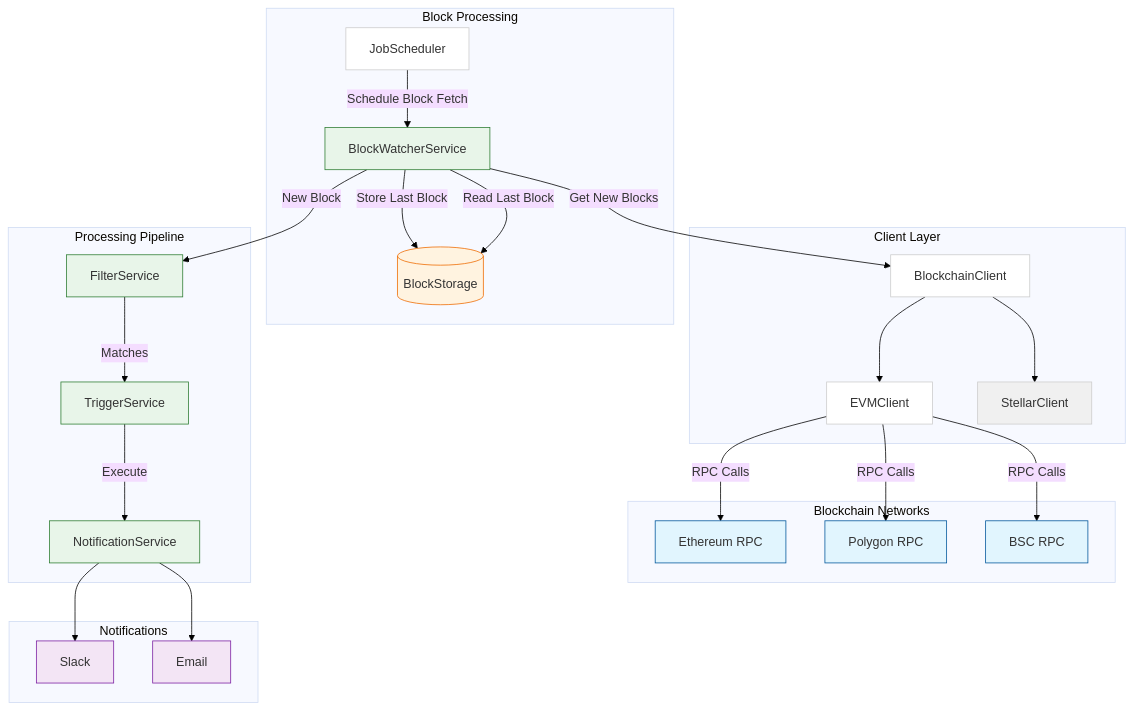
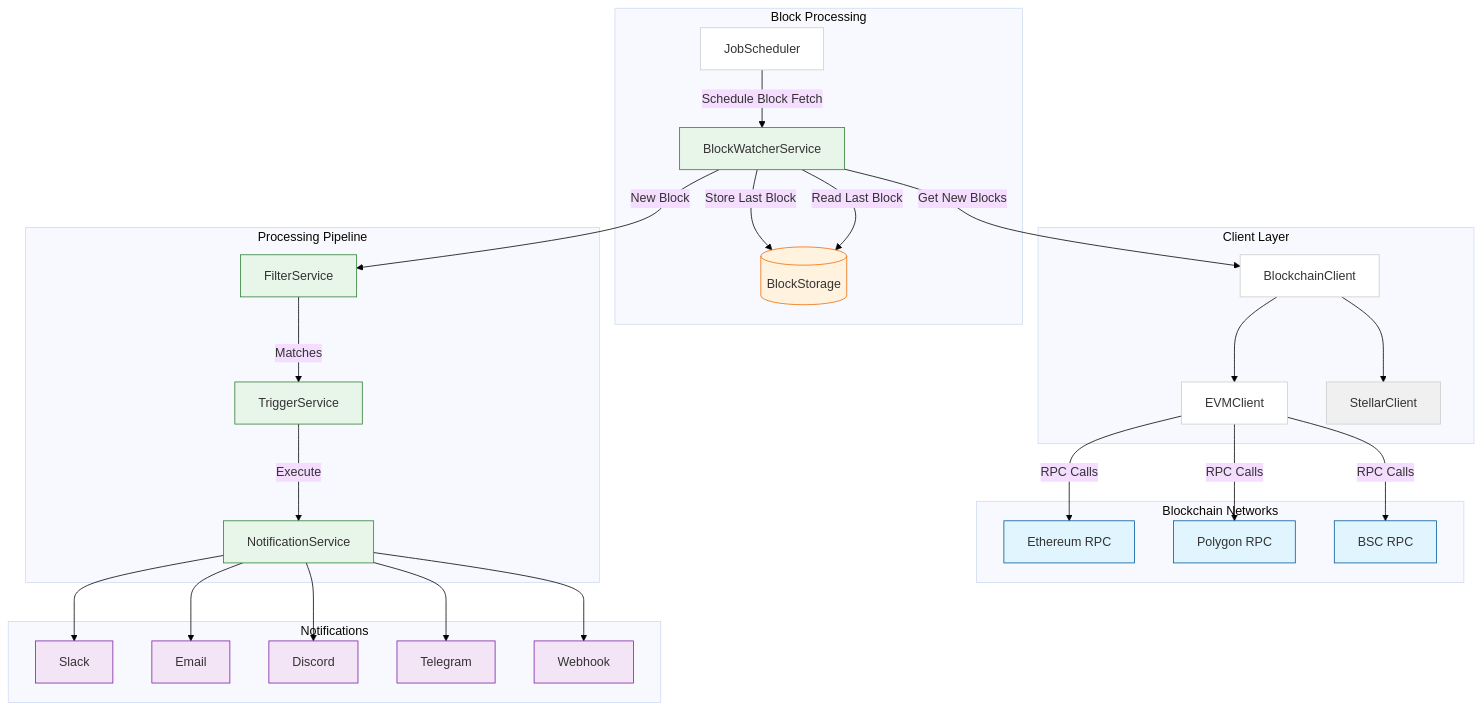
Before and after one commit to OpenZeppelin/openzeppelin-monitor: the diagram in docs/modules/ROOT/pages/index.adoc, drawn with Mermaid. The commit also changed other lines of this file and 4 other files, not shown here.

```diff
--- a/docs/modules/ROOT/pages/index.adoc
+++ b/docs/modules/ROOT/pages/index.adoc
@@ -34,72 +37,78 @@
 [mermaid,width=100%]
 ....
 %%{init: {
     'theme': 'base',
     'themeVariables': {
         'background': '#ffffff',
         'mainBkg': '#ffffff',
         'primaryBorderColor': '#cccccc'
     }
 }}%%
 graph TD
     subgraph Blockchain Networks
         ETH[Ethereum RPC]
         POL[Polygon RPC]
         BSC[BSC RPC]
     end
 
     subgraph Block Processing
         BW[BlockWatcherService]
         BS[(BlockStorage)]
         JS[JobScheduler]
     end
 
     subgraph Client Layer
         BC[BlockchainClient]
         EVM[EVMClient]
         STL[StellarClient]
     end
 
     subgraph Processing Pipeline
         FS[FilterService]
         TS[TriggerService]
         NS[NotificationService]
     end
 
     subgraph Notifications
         Slack
         Email
+        Discord
+        Telegram
+        Webhook
     end
 
     %% Block Processing Flow
     JS -->|Schedule Block Fetch| BW
     BW -->|Store Last Block| BS
     BW -->|Read Last Block| BS
     BW -->|Get New Blocks| BC
 
     %% Client Connections
     BC --> EVM
     BC --> STL
     EVM -->|RPC Calls| ETH
     EVM -->|RPC Calls| POL
     EVM -->|RPC Calls| BSC
 
     %% Processing Flow
     BW -->|New Block| FS
     FS -->|Matches| TS
     TS -->|Execute| NS
     NS --> Slack
     NS --> Email
+    NS --> Discord
+    NS --> Telegram
+    NS --> Webhook
 
     style STL fill:#f0f0f0
 
     classDef rpc fill:#e1f5fe,stroke:#01579b
     classDef storage fill:#fff3e0,stroke:#ef6c00
     classDef service fill:#e8f5e9,stroke:#2e7d32
     classDef notification fill:#f3e5f5,stroke:#7b1fa2
 
     class ETH,POL,BSC rpc
     class BS storage
     class BW,FS,TS,NS service
-    class Slack,Email notification
+    class Slack,Email,Discord,Telegram,Webhook notification
 ....
```
